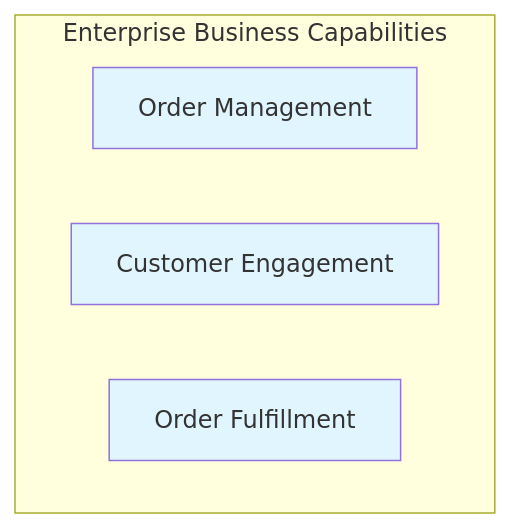
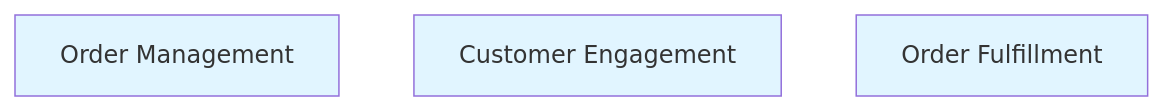
The first of 7 diagrams in docs/architecture/01-business-architecture.md (Evilazaro/Azure-LogicApps-Monitoring), drawn with Mermaid before and after one commit.

Commit message:
Refactor Business Architecture document: simplify the representation of enterprise business capabilities in the diagram for improved clarity

````diff
--- a/docs/architecture/01-business-architecture.md
+++ b/docs/architecture/01-business-architecture.md
@@ -58,12 +58,10 @@
 ```mermaid
 graph TB
-    subgraph "Enterprise Business Capabilities"
-        OM[Order Management]
-        CE[Customer Engagement]
-        OF[Order Fulfillment]
-    end
+    OM[Order Management]
+    CE[Customer Engagement]
+    OF[Order Fulfillment]
 
     style OM fill:#e1f5ff
     style CE fill:#e1f5ff
     style OF fill:#e1f5ff
 ```
````
